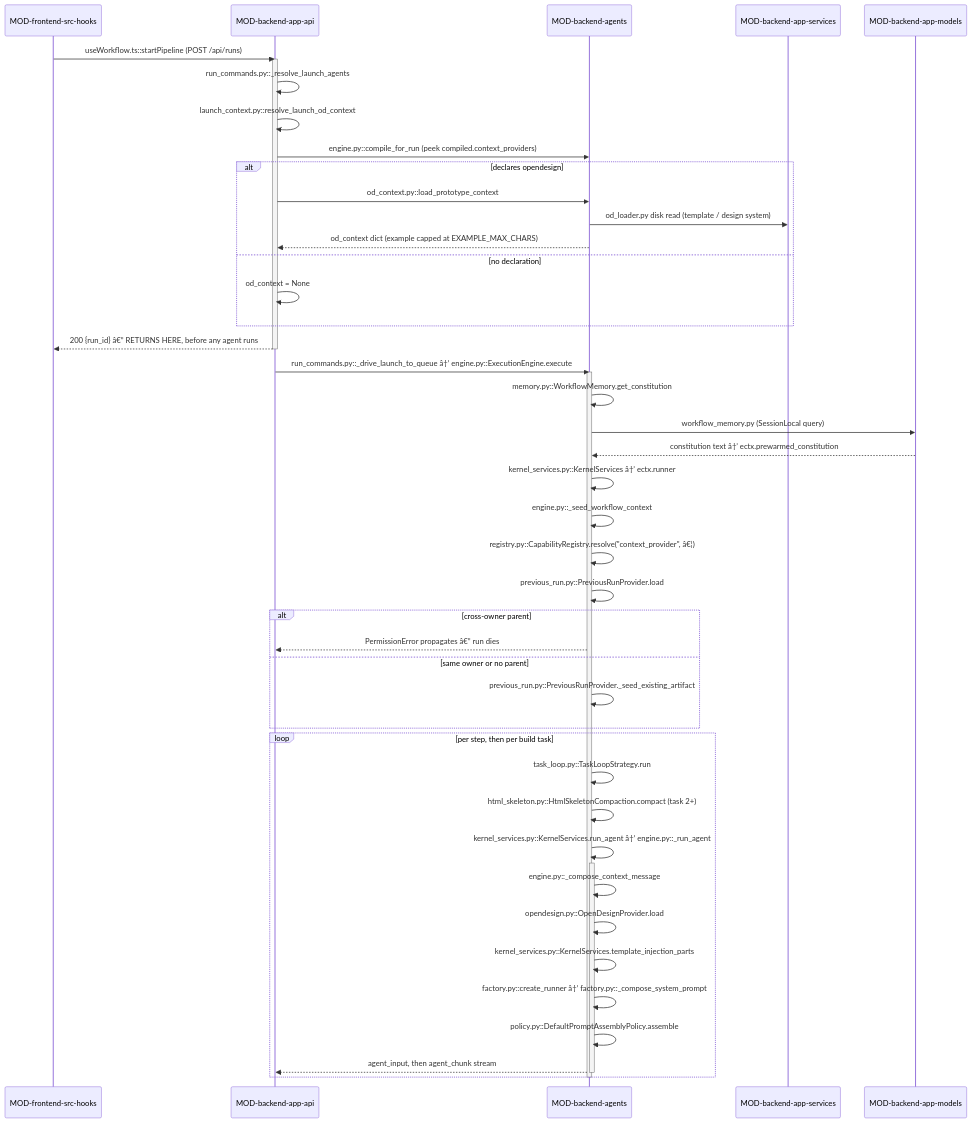
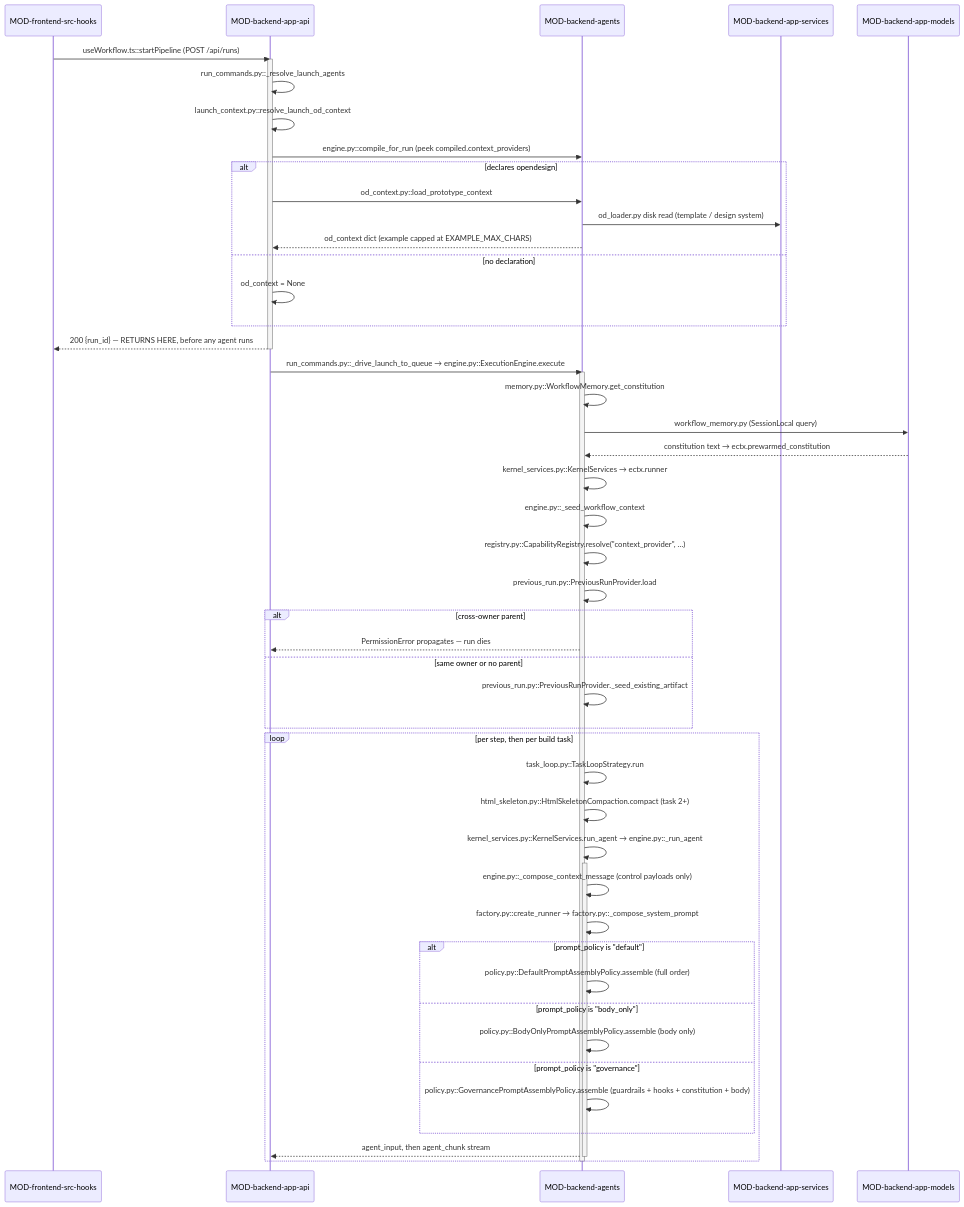
The second of 2 diagrams in .knowledge/architecture/DOMAIN-context-assembly.md (prateek-sinha7/IdeaFlowAI), drawn with Mermaid before and after one commit. The commit also changed other lines of this file and 4493 other files, not shown here.

````diff
--- a/.knowledge/architecture/DOMAIN-context-assembly.md
+++ b/.knowledge/architecture/DOMAIN-context-assembly.md
@@ -194,53 +218,57 @@
 ```mermaid
 sequenceDiagram
     participant MOD-frontend-src-hooks
     participant MOD-backend-app-api
     participant MOD-backend-agents
     participant MOD-backend-app-services
     participant MOD-backend-app-models
 
     MOD-frontend-src-hooks->>MOD-backend-app-api: useWorkflow.ts::startPipeline (POST /api/runs)
     activate MOD-backend-app-api
     MOD-backend-app-api->>MOD-backend-app-api: run_commands.py::_resolve_launch_agents
     MOD-backend-app-api->>MOD-backend-app-api: launch_context.py::resolve_launch_od_context
     MOD-backend-app-api->>MOD-backend-agents: engine.py::compile_for_run (peek compiled.context_providers)
     alt declares opendesign
         MOD-backend-app-api->>MOD-backend-agents: od_context.py::load_prototype_context
         MOD-backend-agents->>MOD-backend-app-services: od_loader.py disk read (template / design system)
         MOD-backend-agents-->>MOD-backend-app-api: od_context dict (example capped at EXAMPLE_MAX_CHARS)
     else no declaration
         MOD-backend-app-api->>MOD-backend-app-api: od_context = None
     end
-    MOD-backend-app-api-->>MOD-frontend-src-hooks: 200 {run_id} â€” RETURNS HERE, before any agent runs
+    MOD-backend-app-api-->>MOD-frontend-src-hooks: 200 {run_id} — RETURNS HERE, before any agent runs
     deactivate MOD-backend-app-api
 
-    MOD-backend-app-api->>MOD-backend-agents: run_commands.py::_drive_launch_to_queue â†’ engine.py::ExecutionEngine.execute
+    MOD-backend-app-api->>MOD-backend-agents: run_commands.py::_drive_launch_to_queue → engine.py::ExecutionEngine.execute
     activate MOD-backend-agents
     MOD-backend-agents->>MOD-backend-agents: memory.py::WorkflowMemory.get_constitution
     MOD-backend-agents->>MOD-backend-app-models: workflow_memory.py (SessionLocal query)
-    MOD-backend-app-models-->>MOD-backend-agents: constitution text â†’ ectx.prewarmed_constitution
-    MOD-backend-agents->>MOD-backend-agents: kernel_services.py::KernelServices â†’ ectx.runner
+    MOD-backend-app-models-->>MOD-backend-agents: constitution text → ectx.prewarmed_constitution
+    MOD-backend-agents->>MOD-backend-agents: kernel_services.py::KernelServices → ectx.runner
     MOD-backend-agents->>MOD-backend-agents: engine.py::_seed_workflow_context
-    MOD-backend-agents->>MOD-backend-agents: registry.py::CapabilityRegistry.resolve("context_provider", â€¦)
+    MOD-backend-agents->>MOD-backend-agents: registry.py::CapabilityRegistry.resolve("context_provider", …)
     MOD-backend-agents->>MOD-backend-agents: previous_run.py::PreviousRunProvider.load
     alt cross-owner parent
-        MOD-backend-agents-->>MOD-backend-app-api: PermissionError propagates â€” run dies
+        MOD-backend-agents-->>MOD-backend-app-api: PermissionError propagates — run dies
     else same owner or no parent
         MOD-backend-agents->>MOD-backend-agents: previous_run.py::PreviousRunProvider._seed_existing_artifact
     end
 
     loop per step, then per build task
         MOD-backend-agents->>MOD-backend-agents: task_loop.py::TaskLoopStrategy.run
         MOD-backend-agents->>MOD-backend-agents: html_skeleton.py::HtmlSkeletonCompaction.compact (task 2+)
-        MOD-backend-agents->>MOD-backend-agents: kernel_services.py::KernelServices.run_agent â†’ engine.py::_run_agent
+        MOD-backend-agents->>MOD-backend-agents: kernel_services.py::KernelServices.run_agent → engine.py::_run_agent
         activate MOD-backend-agents
-        MOD-backend-agents->>MOD-backend-agents: engine.py::_compose_context_message
-        MOD-backend-agents->>MOD-backend-agents: opendesign.py::OpenDesignProvider.load
-        MOD-backend-agents->>MOD-backend-agents: kernel_services.py::KernelServices.template_injection_parts
-        MOD-backend-agents->>MOD-backend-agents: factory.py::create_runner â†’ factory.py::_compose_system_prompt
-        MOD-backend-agents->>MOD-backend-agents: policy.py::DefaultPromptAssemblyPolicy.assemble
+        MOD-backend-agents->>MOD-backend-agents: engine.py::_compose_context_message (control payloads only)
+        MOD-backend-agents->>MOD-backend-agents: factory.py::create_runner → factory.py::_compose_system_prompt
+        alt prompt_policy is "default"
+            MOD-backend-agents->>MOD-backend-agents: policy.py::DefaultPromptAssemblyPolicy.assemble (full order)
+        else prompt_policy is "body_only"
+            MOD-backend-agents->>MOD-backend-agents: policy.py::BodyOnlyPromptAssemblyPolicy.assemble (body only)
+        else prompt_policy is "governance"
+            MOD-backend-agents->>MOD-backend-agents: policy.py::GovernancePromptAssemblyPolicy.assemble (guardrails + hooks + constitution + body)
+        end
         MOD-backend-agents-->>MOD-backend-app-api: agent_input, then agent_chunk stream
         deactivate MOD-backend-agents
     end
     deactivate MOD-backend-agents
 ```
````
